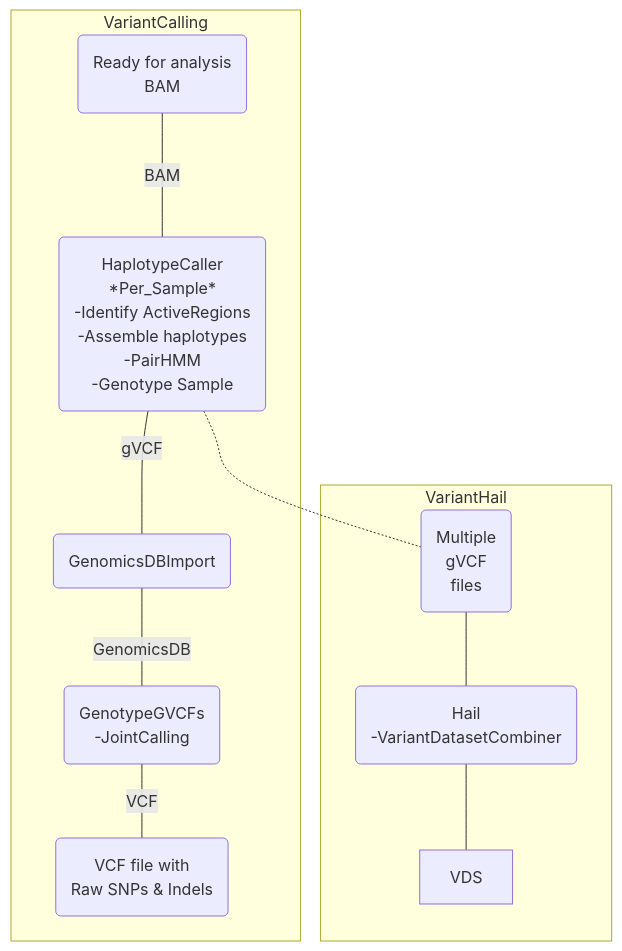
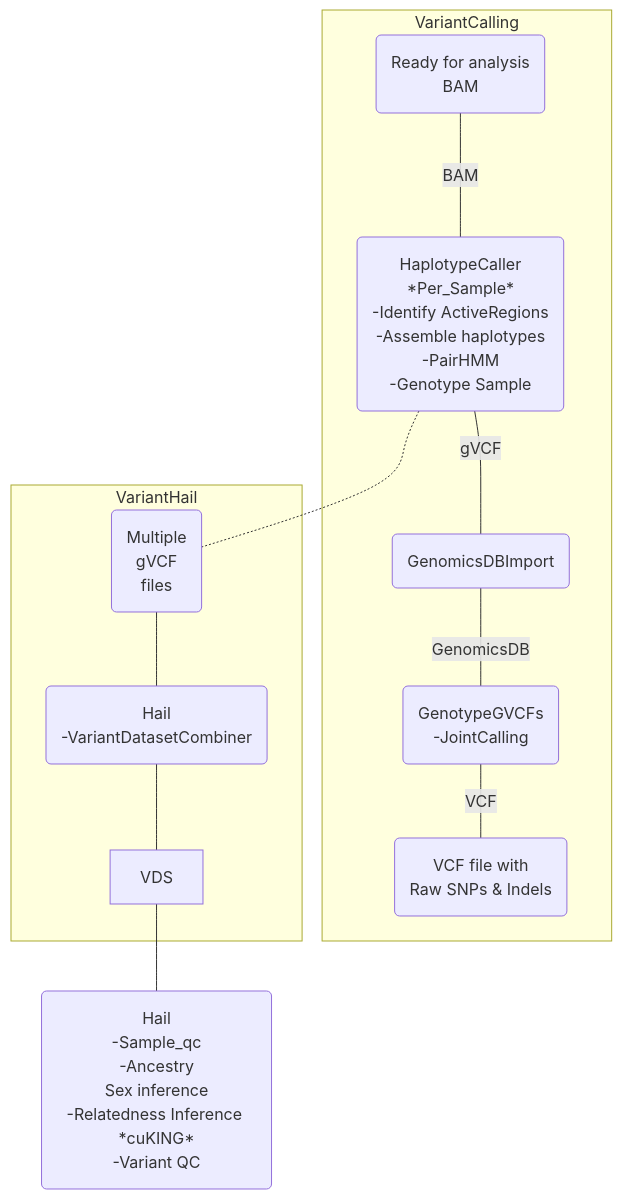
One commit to sergiolitwiniuk85/GATK-best-practices-VC-pipe changed the diagram in 2_VariantCalling_GATK.md. Above: the diagram before and after it, drawn with Mermaid.

Commit message:
update md

````diff
--- a/2_VariantCalling_GATK.md
+++ b/2_VariantCalling_GATK.md
@@ -109,30 +109,32 @@
 ```mermaid
 
 
 flowchart TD;
 
 
     subgraph VariantCalling
     A(Ready for analysis\nBAM)--BAM---- B(HaplotypeCaller\n*Per_Sample*\n-Identify ActiveRegions\n-Assemble haplotypes\n-PairHMM\n-Genotype Sample)
     
     B -- gVCF --- C(GenomicsDBImport) 
     
     C --GenomicsDB--- D(GenotypeGVCFs\n-JointCalling) -- VCF --- E(VCF file with\nRaw SNPs & Indels)
 
     
 
 
     end
 
   subgraph VariantHail
     B -.- F(Multiple\ngVCF\nfiles) --- G(Hail\n-VariantDatasetCombiner) --- VDS
   end
 
+  VDS --- K(Hail\n-Sample_qc\n-Ancestry\nSex inference\n-Relatedness Inference *cuKING*\n-Variant QC)
+
 %%Comment
 
 
 
 
 
 
 ```
````
